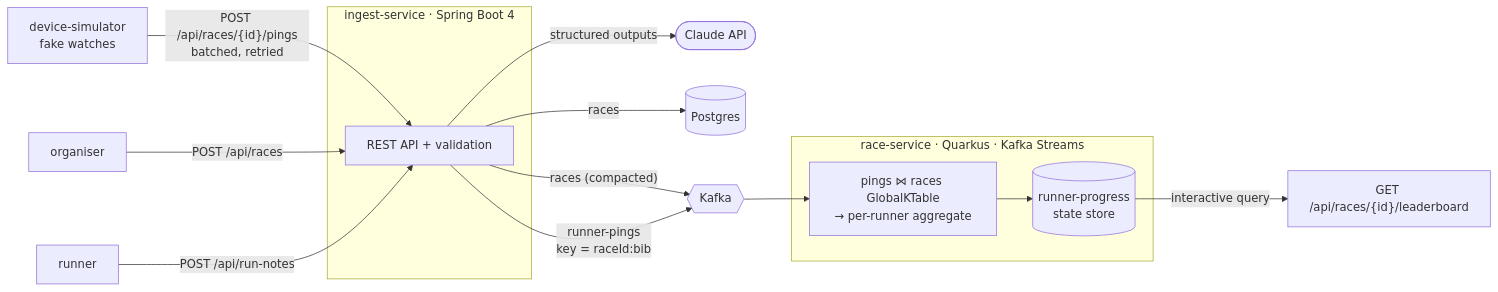
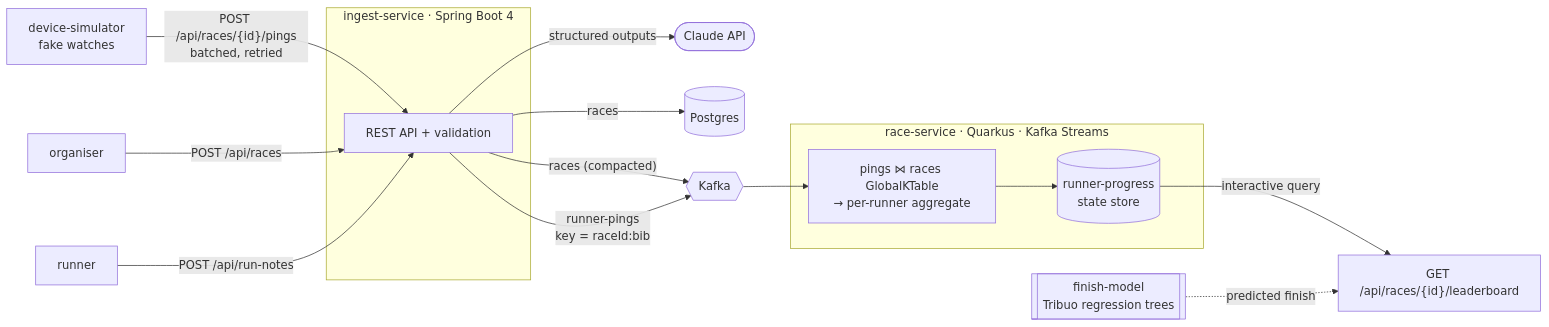
Before and after one commit to IlanAgenbacht1/Splitstream: the diagram in README.md, drawn with Mermaid. The commit also changed other lines of this file and 1 other file, not shown here.

Commit message:
Document finish-time prediction: ADR 6 and README

````diff
--- a/README.md
+++ b/README.md
@@ -11,24 +11,25 @@
 ```mermaid
 flowchart LR
     W[device-simulator<br/>fake watches] -- "POST /api/races/{id}/pings<br/>batched, retried" --> I
     O[organiser] -- "POST /api/races" --> I
     R[runner] -- "POST /api/run-notes" --> I
     I -- "structured outputs" --> C([Claude API])
 
     subgraph ingest-service [ingest-service · Spring Boot 4]
         I[REST API + validation]
     end
 
     I -- races --> PG[(Postgres)]
     I -- "races (compacted)" --> K{{Kafka}}
     I -- "runner-pings<br/>key = raceId:bib" --> K
 
     subgraph race-service [race-service · Quarkus · Kafka Streams]
         T[pings ⋈ races GlobalKTable<br/>→ per-runner aggregate]
         S[(runner-progress<br/>state store)]
         T --> S
     end
 
     K --> T
     S -- interactive query --> L["GET /api/races/{id}/leaderboard"]
+    M[[finish-model<br/>Tribuo regression trees]] -. predicted finish .-> L
 ```
````
